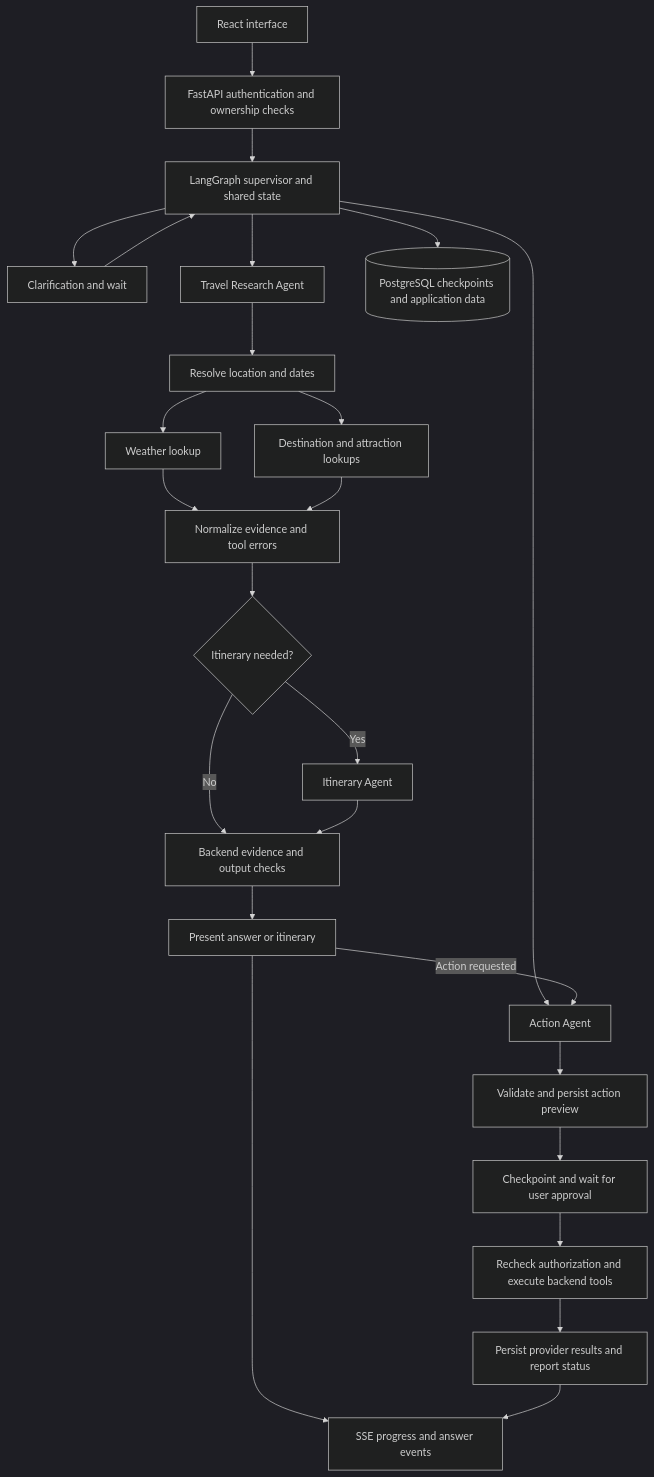
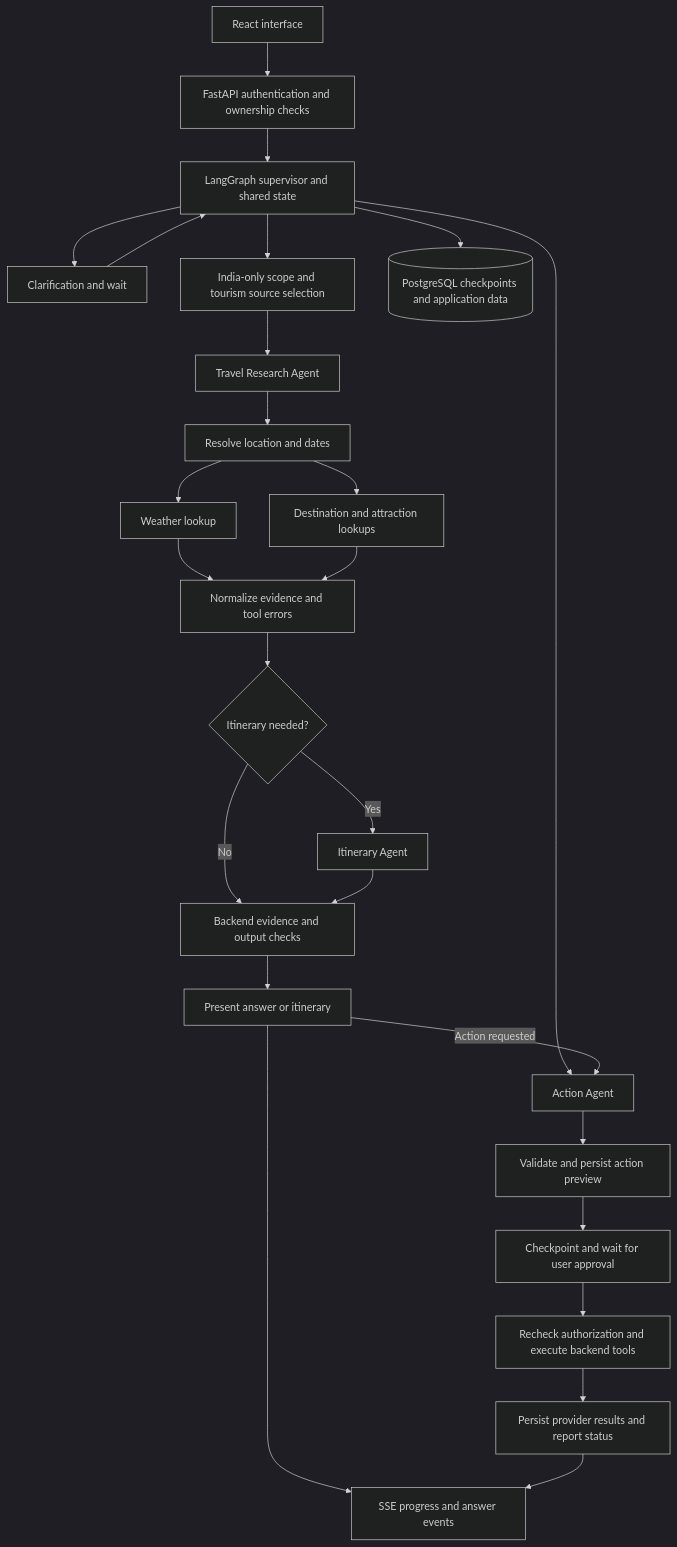
Before and after one commit to pguru1214/genAIChatbot: the diagram in PRD.md, drawn with Mermaid (dark theme). The commit also changed other lines of this file and 33 other files, not shown here.

````diff
--- a/PRD.md
+++ b/PRD.md
@@ -243,27 +287,28 @@
 ```mermaid
 flowchart TD
     UI[React interface] --> API[FastAPI authentication and ownership checks]
     API --> Router[LangGraph supervisor and shared state]
     Router --> Clarify[Clarification and wait]
     Clarify --> Router
-    Router --> Research[Travel Research Agent]
+    Router --> India[India-only scope and tourism source selection]
+    India --> Research[Travel Research Agent]
     Research --> Geo[Resolve location and dates]
     Geo --> Weather[Weather lookup]
     Geo --> Places[Destination and attraction lookups]
     Weather --> Evidence[Normalize evidence and tool errors]
     Places --> Evidence
     Evidence --> NeedPlan{Itinerary needed?}
     NeedPlan -->|Yes| Planner[Itinerary Agent]
     NeedPlan -->|No| Validate[Backend evidence and output checks]
     Planner --> Validate
     Validate --> Present[Present answer or itinerary]
     Router --> Action[Action Agent]
     Present -->|Action requested| Action
     Action --> Preview[Validate and persist action preview]
     Preview --> Pause[Checkpoint and wait for user approval]
     Pause --> Execute[Recheck authorization and execute backend tools]
     Execute --> Result[Persist provider results and report status]
     Router --> DB[(PostgreSQL checkpoints and application data)]
     Present --> Stream[SSE progress and answer events]
     Result --> Stream
 ```
````
